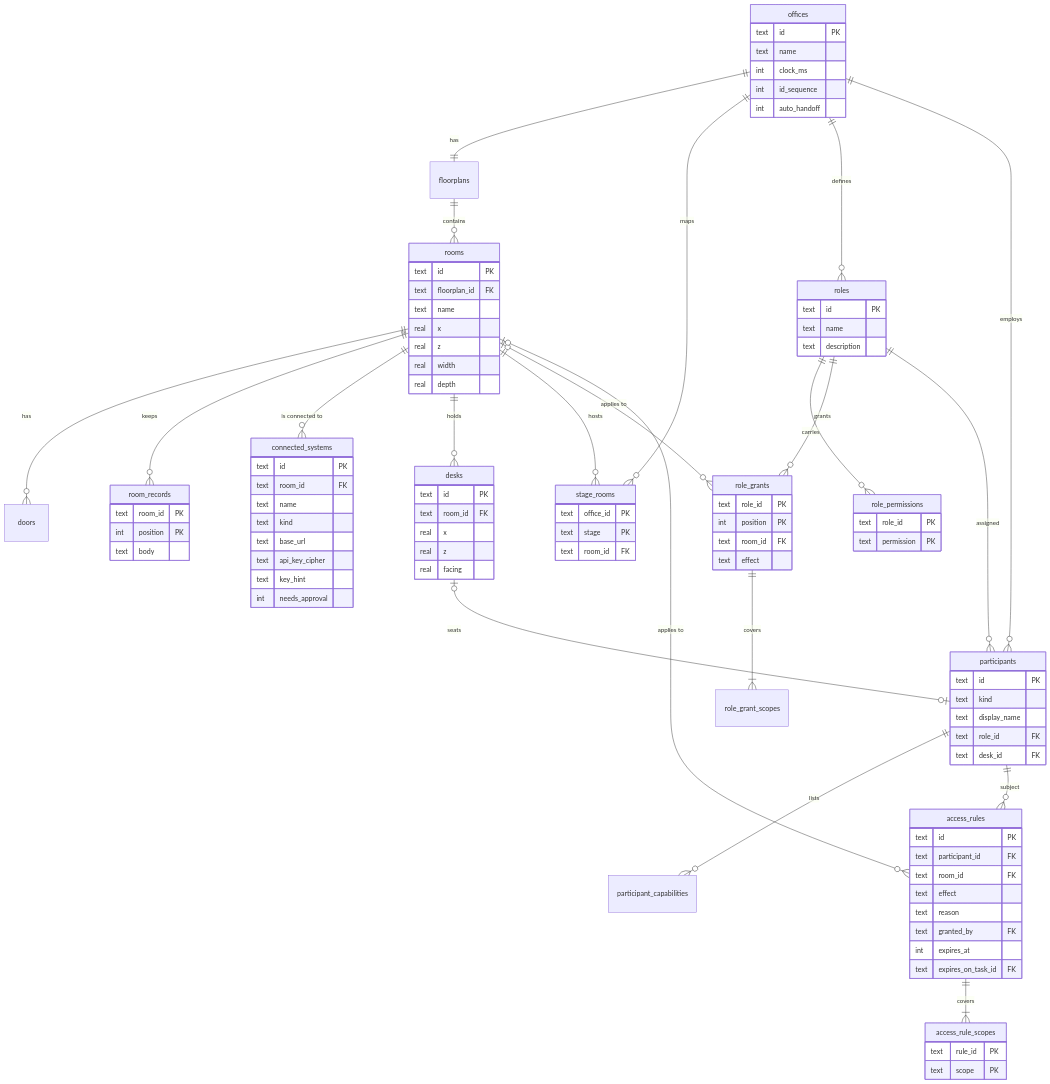
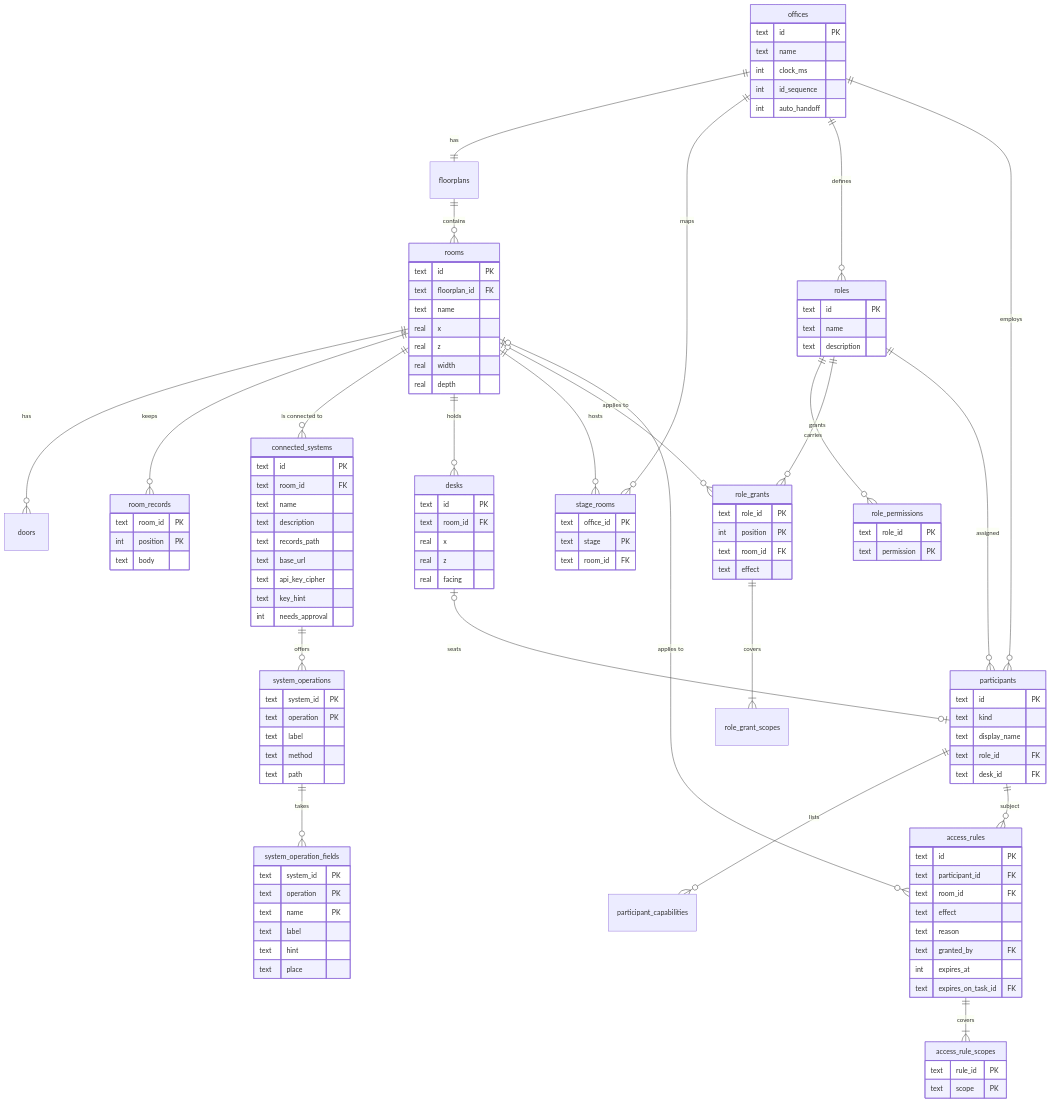
One commit to seyitgkc/ai-virtual-office changed diagram 11 of 15 in README.md. Above: the diagram before and after it, drawn with Mermaid. The commit also changed other lines of this file, not shown here.

Commit message:
Document self-describing systems, the five sample services and notes between agents

```diff
--- a/README.md
+++ b/README.md
@@ -1023,6 +1045,8 @@
   rooms ||--o{ doors : has
   rooms ||--o{ room_records : keeps
   rooms ||--o{ connected_systems : "is connected to"
+  connected_systems ||--o{ system_operations : offers
+  system_operations ||--o{ system_operation_fields : takes
   rooms ||--o{ desks : holds
   rooms ||--o{ stage_rooms : hosts
   offices ||--o{ stage_rooms : maps
@@ -1071,11 +1095,27 @@
     text id PK
     text room_id FK
     text name
-    text kind
+    text description
+    text records_path
     text base_url
     text api_key_cipher
     text key_hint
     int needs_approval
+  }
+  system_operations {
+    text system_id PK
+    text operation PK
+    text label
+    text method
+    text path
+  }
+  system_operation_fields {
+    text system_id PK
+    text operation PK
+    text name PK
+    text label
+    text hint
+    text place
   }
   stage_rooms {
     text office_id PK
```
